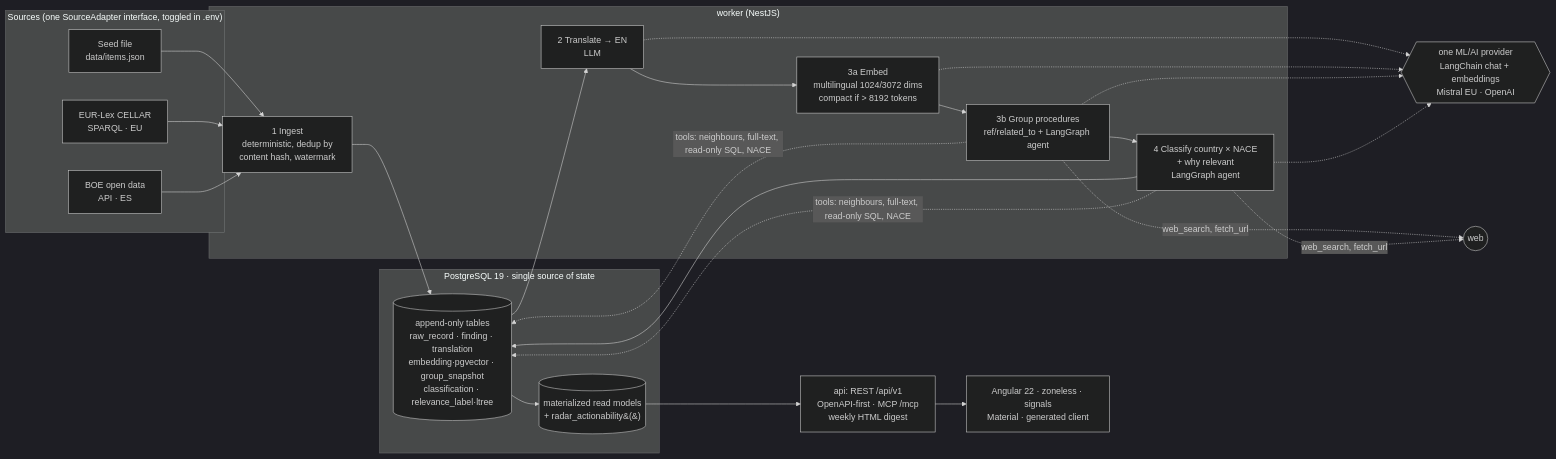
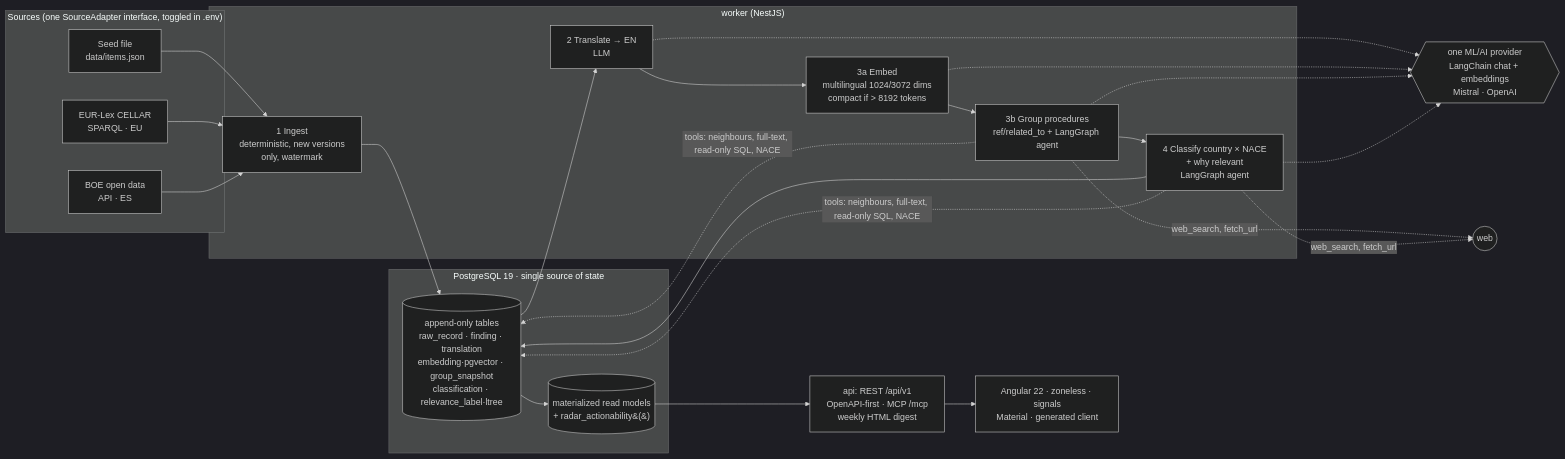
The diagram in README.md (Oidlichtnwoada/regulatory_radar), drawn with Mermaid (dark theme) before and after one commit. The commit also changed other lines of this file and 50 other files, not shown here.

````diff
--- a/README.md
+++ b/README.md
@@ -21,28 +21,28 @@
 ```mermaid
 flowchart LR
   subgraph Sources["Sources (one SourceAdapter interface, toggled in .env)"]
     F[Seed file<br/>data/items.json]
     E[EUR-Lex CELLAR<br/>SPARQL · EU]
     B[BOE open data<br/>API · ES]
   end
   subgraph Worker["worker (NestJS)"]
-    I[1 Ingest<br/>deterministic, dedup by<br/>content hash, watermark]
+    I[1 Ingest<br/>deterministic, new versions<br/>only, watermark]
     T[2 Translate → EN<br/>LLM]
     M[3a Embed<br/>multilingual 1024/3072 dims<br/>compact if > 8192 tokens]
     G[3b Group procedures<br/>ref/related_to + LangGraph agent]
     C[4 Classify country × NACE<br/>+ why relevant<br/>LangGraph agent]
   end
   subgraph PG["PostgreSQL 19 · single source of state"]
     R[(append-only tables<br/>raw_record · finding · translation<br/>embedding·pgvector · group_snapshot<br/>classification · relevance_label·ltree)]
     V[(materialized read models<br/>+ radar_actionability&#40;&#41;)]
   end
-  LLM{{one ML/AI provider<br/>LangChain chat + embeddings<br/>Mistral EU · OpenAI}}
+  LLM{{one ML/AI provider<br/>LangChain chat + embeddings<br/>Mistral · OpenAI}}
   F & E & B --> I --> R
   R --> T --> M --> G --> C --> R
   T & M & G & C -.-> LLM
   G & C -. tools: neighbours, full-text, read-only SQL, NACE .-> R
   G & C -. web_search, fetch_url .-> WEB((web))
   R --> V
   V --> API[api: REST /api/v1<br/>OpenAPI-first · MCP /mcp<br/>weekly HTML digest]
   API --> UI[Angular 22 · zoneless · signals<br/>Material · generated client]
 ```
````
